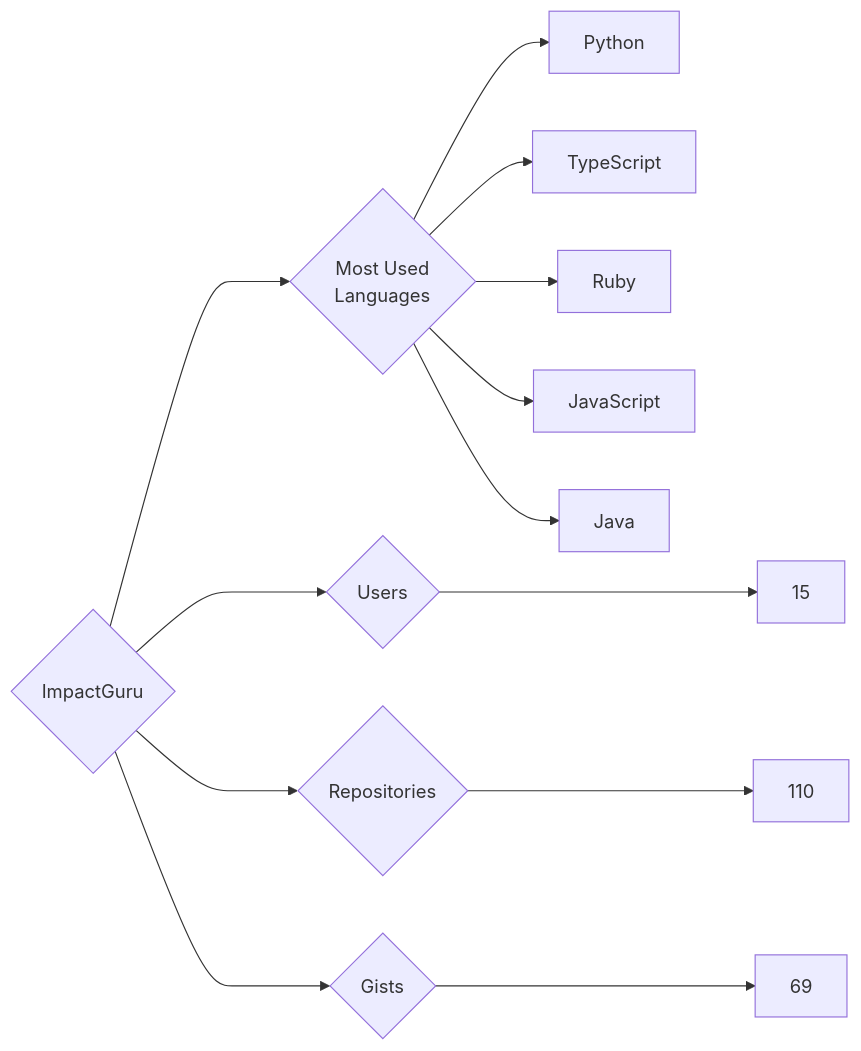
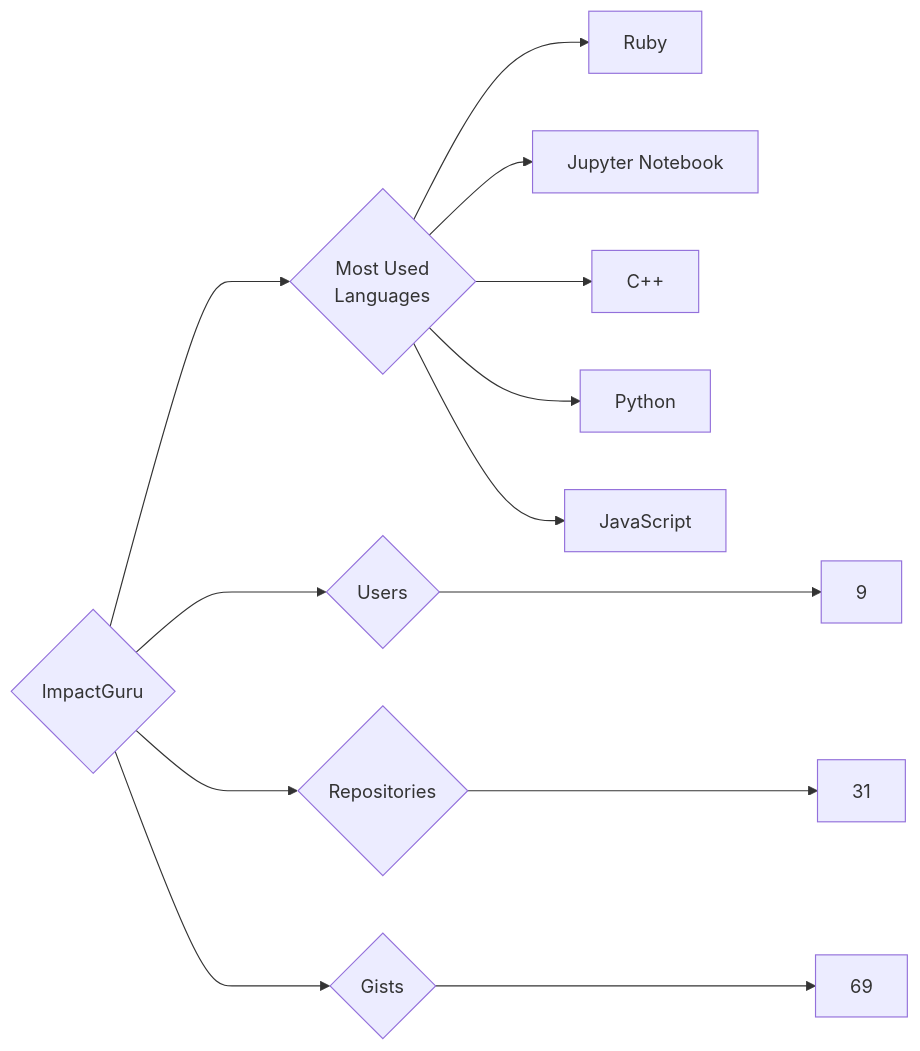
The diagram in targets/ImpactGuru/README.md (trickest/insiders), drawn with Mermaid before and after one commit. The commit also changed 715 other files, not shown here.

````diff
--- a/targets/ImpactGuru/README.md
+++ b/targets/ImpactGuru/README.md
@@ -3,13 +3,13 @@
 ```mermaid
 graph LR
 COMPANY_NAME{ImpactGuru}
-COMPANY_NAME ---> U{Users} ---> UN[15]
-COMPANY_NAME ---> R{Repositories} ---> RN[110]
+COMPANY_NAME ---> U{Users} ---> UN[9]
+COMPANY_NAME ---> R{Repositories} ---> RN[31]
 COMPANY_NAME ---> G{Gists} ---> GN[69]
 COMPANY_NAME ---> ML{Most Used<br>Languages}
+ML --> Ruby[Ruby]
+ML --> Jupyter_Notebook[Jupyter Notebook]
+ML --> C++[C++]
 ML --> Python[Python]
-ML --> TypeScript[TypeScript]
-ML --> Ruby[Ruby]
 ML --> JavaScript[JavaScript]
-ML --> Java[Java]
 ```
````
